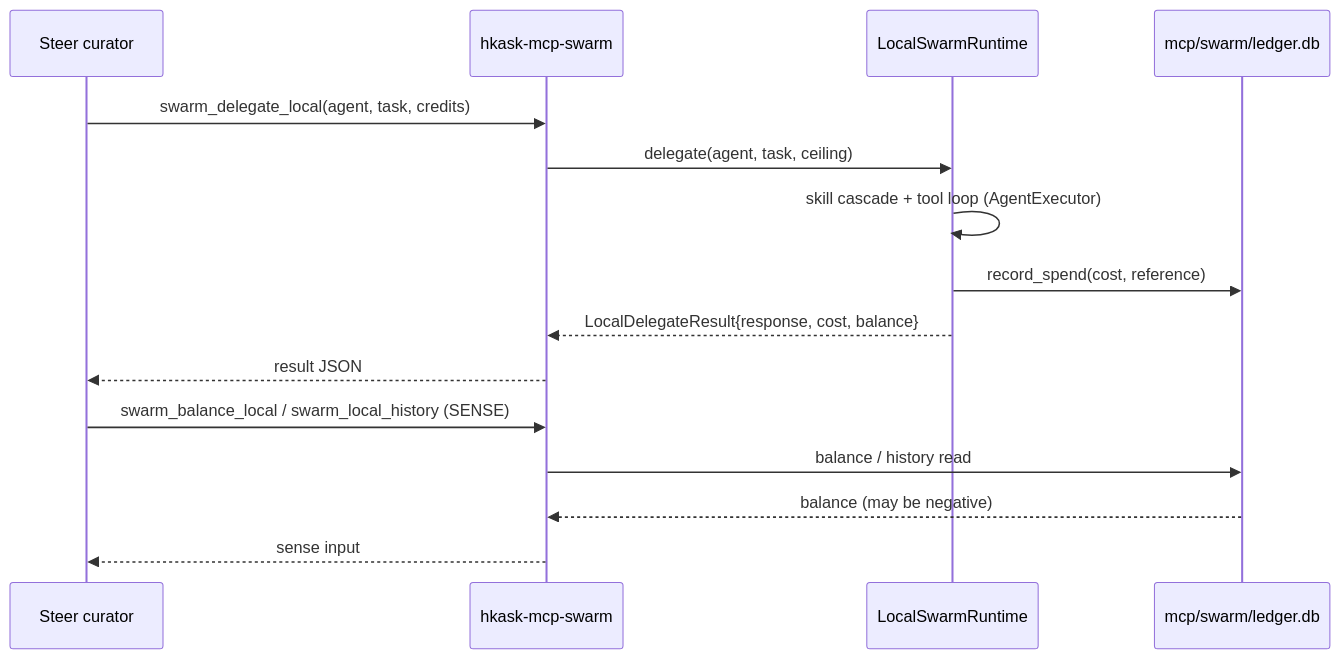
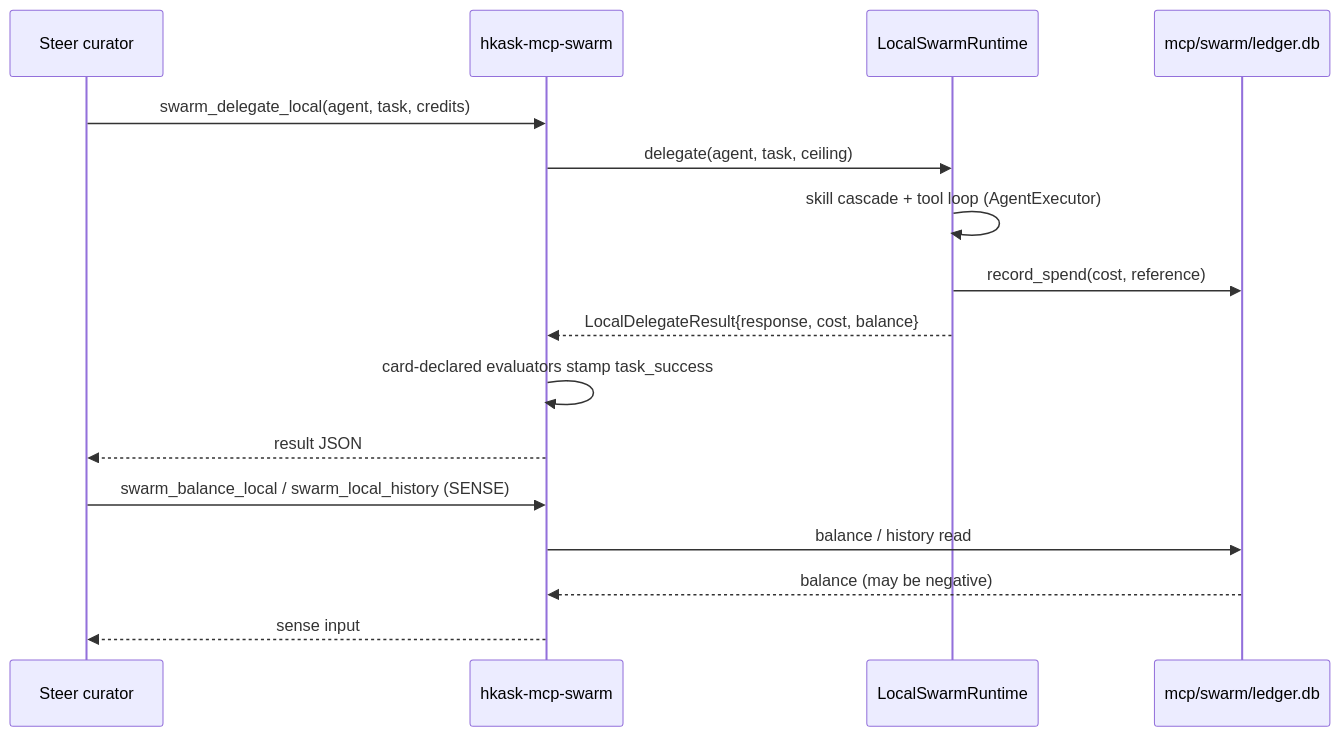
The third of 3 diagrams in kask/docs/diataxis/swarm_system/tutorial.md (mdz-axo/zed-kask), drawn with Mermaid before and after one commit. The commit also changed other lines of this file and 41 other files, not shown here.

````diff
--- a/kask/docs/diataxis/swarm_system/tutorial.md
+++ b/kask/docs/diataxis/swarm_system/tutorial.md
@@ -141,17 +155,18 @@
 ```mermaid
 sequenceDiagram
     participant Curator as Steer curator
     participant Server as hkask-mcp-swarm
     participant Runtime as LocalSwarmRuntime
     participant Ledger as mcp/swarm/ledger.db
     Curator->>Server: swarm_delegate_local(agent, task, credits)
     Server->>Runtime: delegate(agent, task, ceiling)
     Runtime->>Runtime: skill cascade + tool loop (AgentExecutor)
     Runtime->>Ledger: record_spend(cost, reference)
     Runtime-->>Server: LocalDelegateResult{response, cost, balance}
+    Server->>Server: card-declared evaluators stamp task_success
     Server-->>Curator: result JSON
     Curator->>Server: swarm_balance_local / swarm_local_history (SENSE)
     Server->>Ledger: balance / history read
     Ledger-->>Server: balance (may be negative)
     Server-->>Curator: sense input
 ```
````
